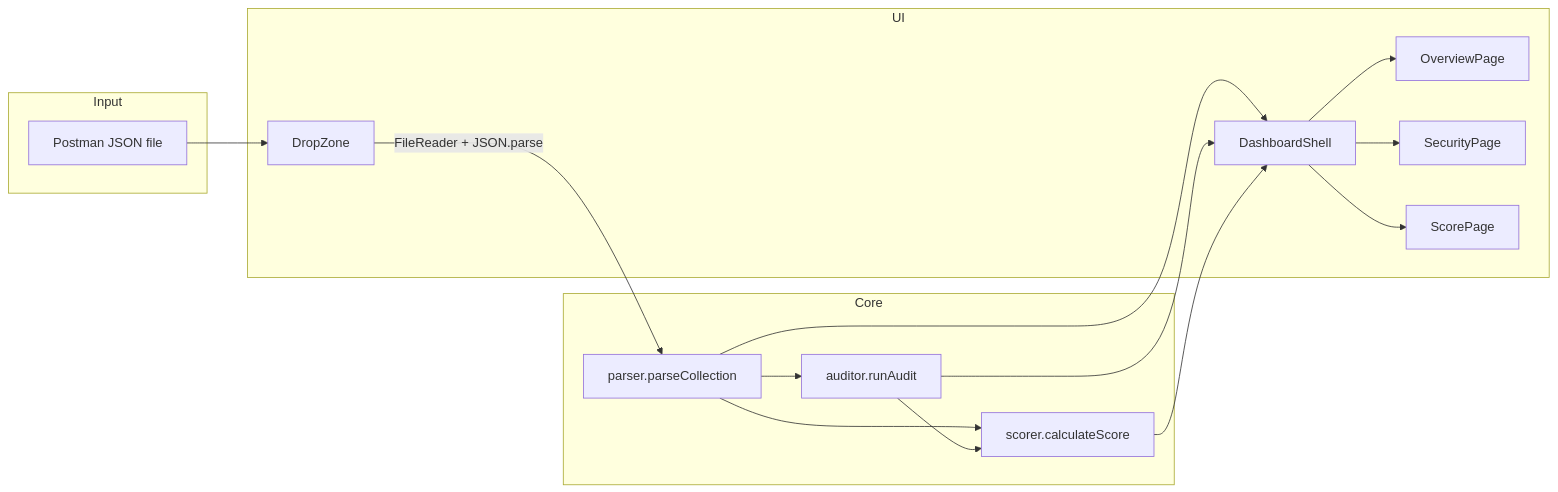
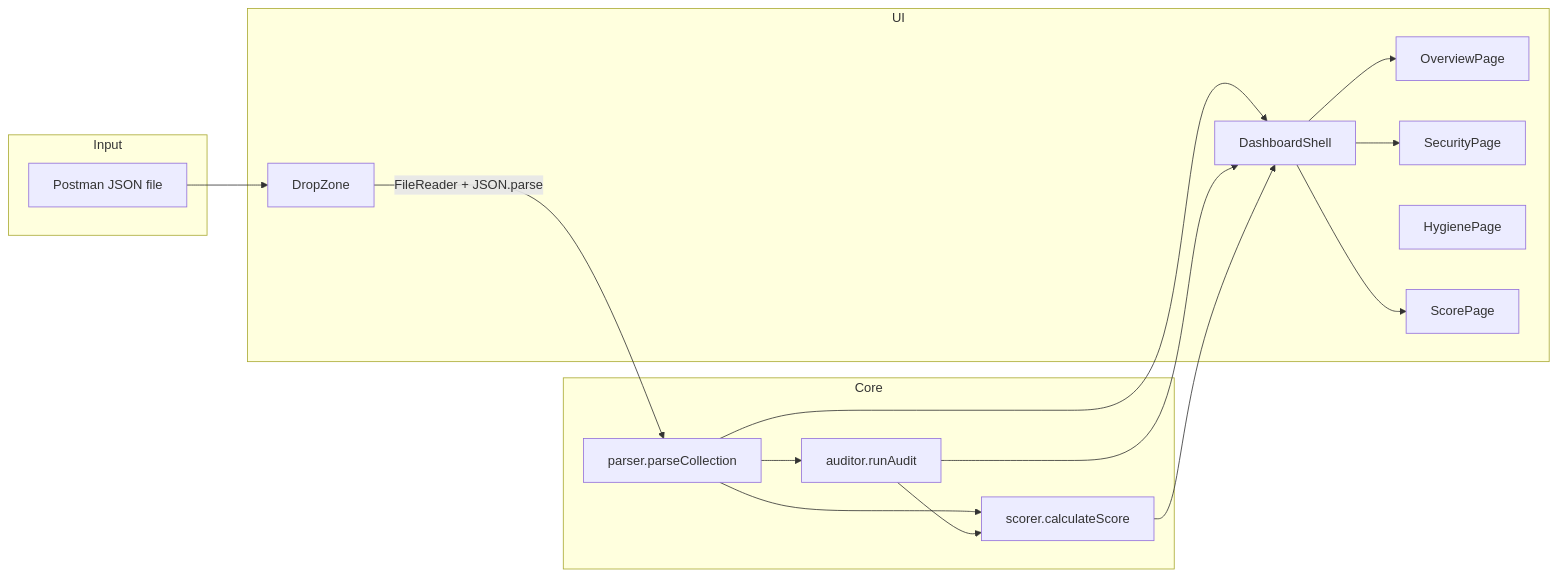
Before and after one commit to winksen/Postscope-App: the diagram in docs/ARCHITECTURE.md, drawn with Mermaid. The commit also changed other lines of this file and 10 other files, not shown here.

````diff
--- a/docs/ARCHITECTURE.md
+++ b/docs/ARCHITECTURE.md
@@ -54,29 +54,30 @@
 ```mermaid
 flowchart LR
   subgraph input [Input]
     F[Postman JSON file]
   end
   subgraph core [Core]
     P[parser.parseCollection]
     A[auditor.runAudit]
     S[scorer.calculateScore]
   end
   subgraph ui [UI]
     D[DropZone]
     DS[DashboardShell]
     OV[OverviewPage]
     SEC[SecurityPage]
+    HYG[HygienePage]
     SC[ScorePage]
   end
   F --> D
   D -->|FileReader + JSON.parse| P
   P --> A
   P --> S
   A --> S
   P --> DS
   A --> DS
   S --> DS
   DS --> OV
   DS --> SEC
   DS --> SC
 ```
````
